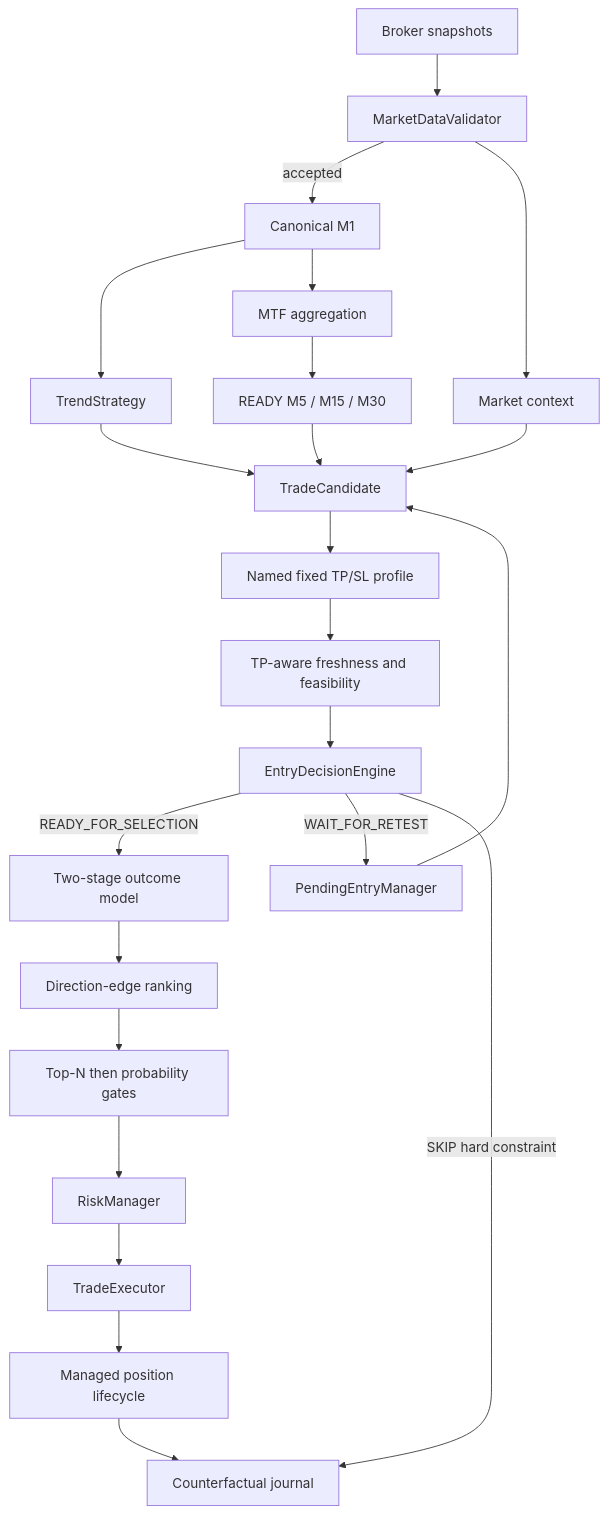
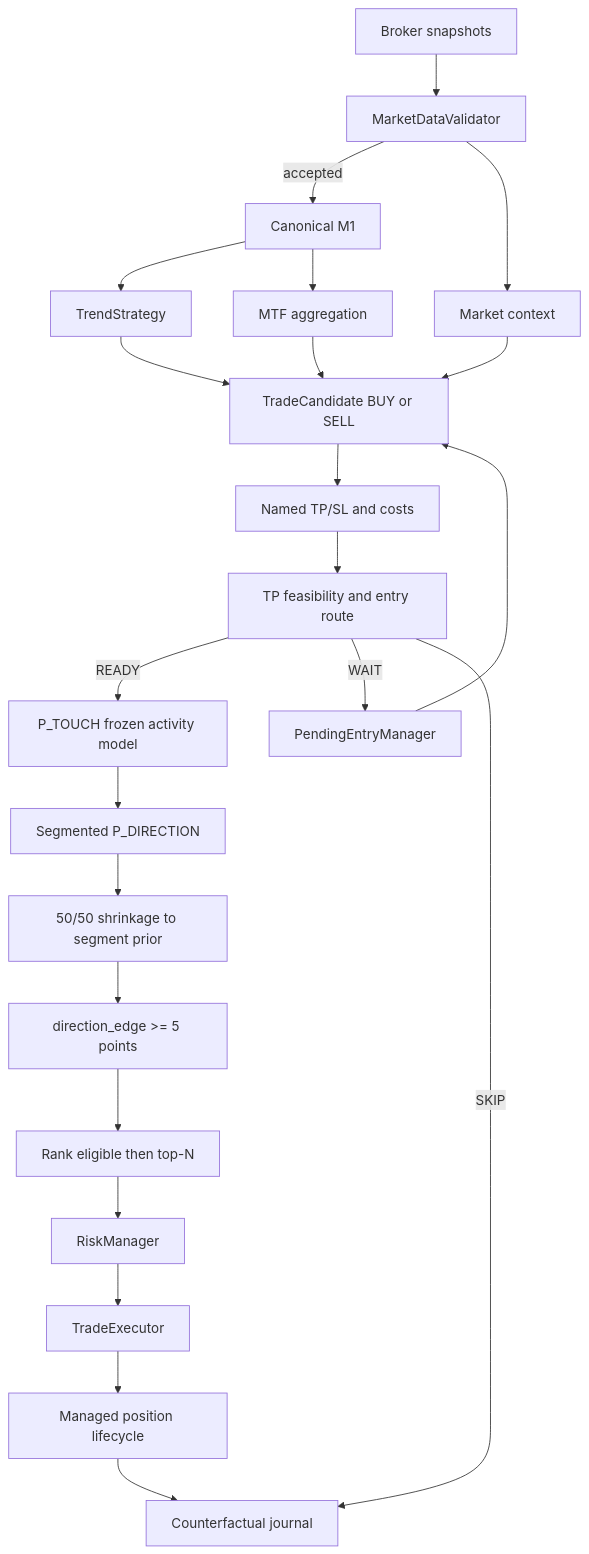
One commit to Kaesarou/goblin changed the diagram in README.md. Above: the diagram before and after it, drawn with Mermaid. The commit also changed other lines of this file, not shown here.

Commit message:
Document active segmented direction workflow

````diff
--- a/README.md
+++ b/README.md
@@ -51,25 +41,25 @@
 ```mermaid
 flowchart TD
     A[Broker snapshots] --> B[MarketDataValidator]
     B -->|accepted| C[Canonical M1]
     B --> D[Market context]
     C --> E[TrendStrategy]
     C --> F[MTF aggregation]
-    F --> G[READY M5 / M15 / M30]
-    E --> H[TradeCandidate]
-    D --> H
-    G --> H
-    H --> I[Named fixed TP/SL profile]
-    I --> J[TP-aware freshness and feasibility]
-    J --> K[EntryDecisionEngine]
-    K -->|READY_FOR_SELECTION| L[Two-stage outcome model]
-    K -->|WAIT_FOR_RETEST| O[PendingEntryManager]
-    K -->|SKIP hard constraint| P[Counterfactual journal]
-    L --> M[Direction-edge ranking]
-    M --> N[Top-N then probability gates]
-    O --> H
-    N --> Q[RiskManager]
+    E --> G[TradeCandidate BUY or SELL]
+    D --> G
+    F --> G
+    G --> H[Named TP/SL and costs]
+    H --> I[TP feasibility and entry route]
+    I -->|READY| J[P_TOUCH frozen activity model]
+    I -->|WAIT| K[PendingEntryManager]
+    I -->|SKIP| L[Counterfactual journal]
+    J --> M[Segmented P_DIRECTION]
+    M --> N[50/50 shrinkage to segment prior]
+    N --> O[direction_edge >= 5 points]
+    O --> P[Rank eligible then top-N]
+    K --> G
+    P --> Q[RiskManager]
     Q --> R[TradeExecutor]
     R --> S[Managed position lifecycle]
-    S --> P
+    S --> L
 ```
````
